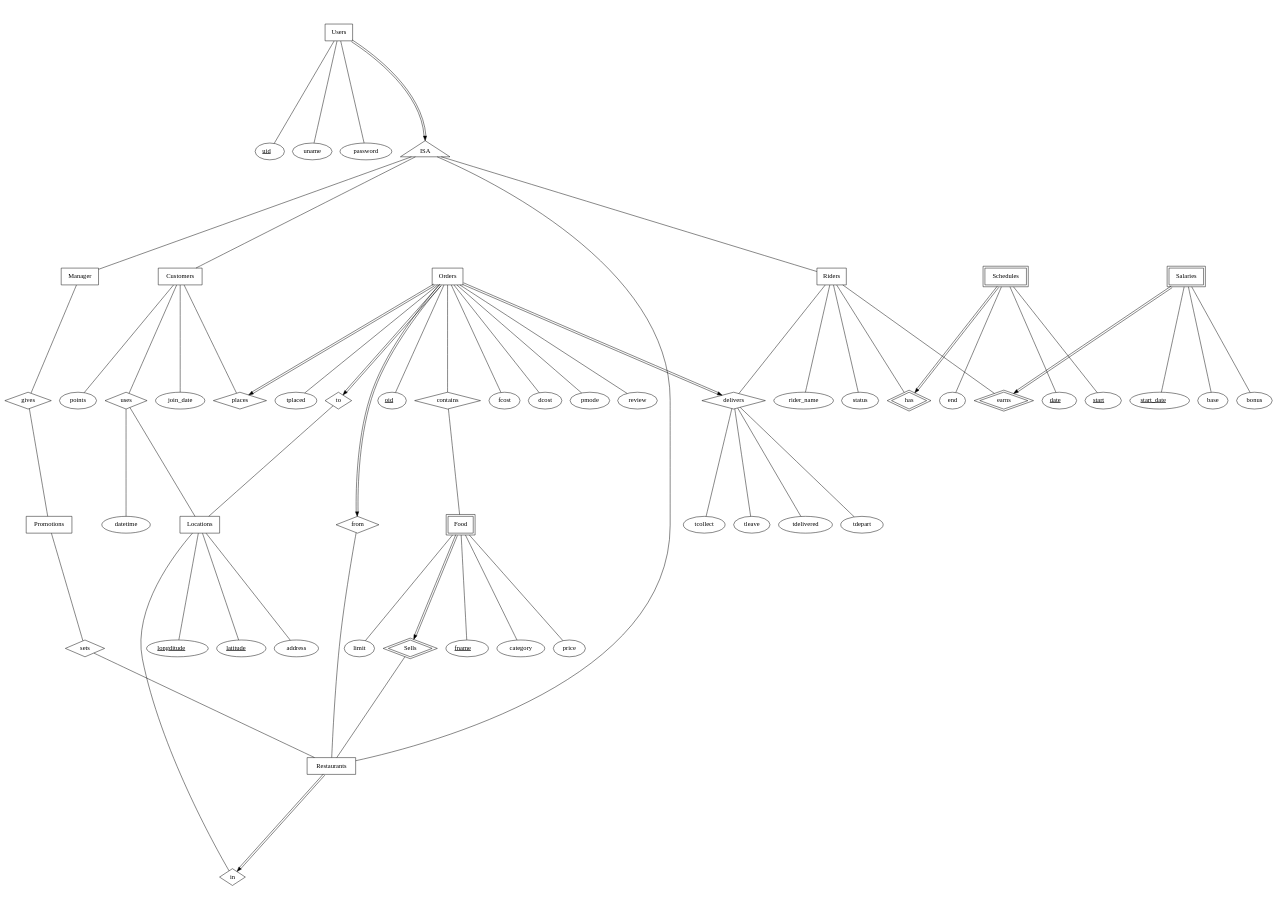
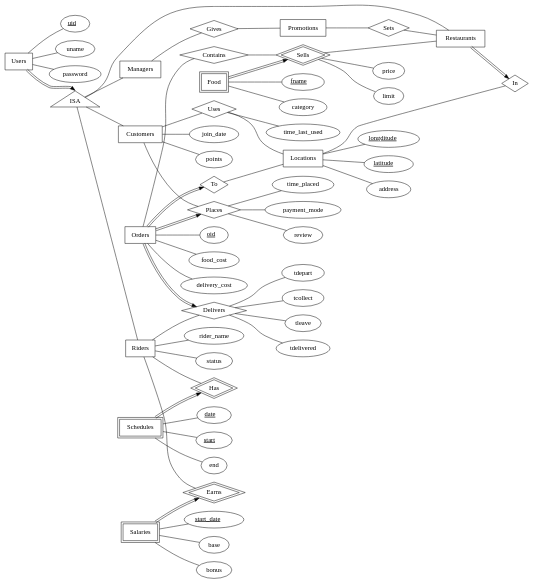
The diagram in ER.dot (AY1920S2-CS2102-Team16/Food-Delivery-Service), drawn with Graphviz before and after one commit. The commit also changed 3 other files, not shown here.

Commit message:
Uodate ER

```diff
--- a/ER.dot
+++ b/ER.dot
@@ -1,117 +1,118 @@
+//Constriants not captured in the ER model:
+//Each order’s food items must be from a single restaurant
+//The FDS operates daily from 10am to 10pm
+//Constraints regarding MWS and WWS
+
 digraph G {
-  ratio = 0.71
+  rankdir = "LR"
 
   Users [shape=box]
     uid [label=<<u> uid </u>>]
     Users -> uid [arrowhead=none]
     Users -> uname [arrowhead=none]
     Users -> password [arrowhead=none]
   
   
   ISA [shape=triangle]
   
-  
-  Manager [shape=box]
-  gives [shape=diamond]
+  Managers [shape=box]
+  Gives [shape=diamond]
   Promotions [shape=box]
-  sets [shape=diamond]
+  Sets [shape=diamond]
   
   
   Restaurants [shape=box]
   Sells [shape=diamond peripheries=2]
+    Sells -> price [arrowhead=none]
+    Sells -> limit [arrowhead=none]
   Food [shape=box peripheries=2]
     fname [label=<<u> fname </u>>]
     Food -> fname [arrowhead=none]
     Food -> category [arrowhead=none]
-    Food -> price [arrowhead=none]
-    Food -> limit [arrowhead=none]
-  in [shape=diamond]
+  In [shape=diamond]
   
   Locations [shape=box]
     lon [label=<<u> longditude </u>>]
     lat [label=<<u> latitude </u>>]
     Locations -> lon [arrowhead=none]
     Locations -> lat [arrowhead=none]
     Locations -> address [arrowhead=none]
   
   Customers [shape=box]
     Customers -> join_date [arrowhead=none]
     Customers -> points [arrowhead=none]
-  uses [shape=diamond]
-    uses -> datetime [arrowhead=none]
-  places [shape=diamond]
+  Uses [shape=diamond]
+    Uses -> time_last_used [arrowhead=none]
+  Places [shape=diamond]
+    Places -> time_placed [arrowhead=none]
+    Places -> payment_mode [arrowhead=none]
+    Places -> review [arrowhead=none]
   Orders [shape=box]
     oid [label=<<u> oid </u>>]
     Orders -> oid [arrowhead=none]
-    Orders -> fcost [arrowhead=none]
-    Orders -> dcost [arrowhead=none]
-    Orders -> pmode [arrowhead=none]
-    Orders -> review [arrowhead=none]
-    Orders -> tplaced [arrowhead=none]
-  from [shape=diamond]
-  to [shape=diamond]
-  contains [shape=diamond]
+    Orders -> food_cost [arrowhead=none]
+    Orders -> delivery_cost [arrowhead=none]
+  To [shape=diamond]
+  Contains [shape=diamond]
     
   Riders [shape=box]
     Riders -> rider_name [arrowhead=none]
     Riders -> status [arrowhead=none]
-  delivers [shape=diamond]
-    delivers -> tdepart [arrowhead=none]
-    delivers -> tcollect [arrowhead=none]
-    delivers -> tleave [arrowhead=none]
-    delivers -> tdelivered [arrowhead=none]
-  has [shape=diamond peripheries=2]
+  Delivers [shape=diamond]
+    Delivers -> tdepart [arrowhead=none]
+    Delivers -> tcollect [arrowhead=none]
+    Delivers -> tleave [arrowhead=none]
+    Delivers -> tdelivered [arrowhead=none]
+  Has [shape=diamond peripheries=2]
   Schedules [shape=box peripheries=2]
     Schdate [label=<<u> date </u>>]
     Schstart [label=<<u> start </u>>]
     Schedules -> Schdate [arrowhead=none]
     Schedules -> Schstart [arrowhead=none]
     Schedules -> end [arrowhead=none]
-  earns [shape=diamond peripheries=2]
+  Earns [shape=diamond peripheries=2]
   Salaries [shape=box peripheries=2]
     start_date [label=<<u> start_date </u>>]
     Salaries -> start_date [arrowhead=none]
     Salaries -> base [arrowhead=none]
     Salaries -> bonus [arrowhead=none]
     
   
   Users -> ISA [color="black:invis:black" headport=n]
   
-  ISA -> Manager[arrowhead=none]
+  ISA -> Managers[arrowhead=none]
   ISA -> Restaurants[arrowhead=none]
   ISA -> Customers[arrowhead=none]
   ISA -> Riders[arrowhead=none]
   
-  Manager -> gives [arrowhead=none]
-  gives -> Promotions [arrowhead=none]
+  Managers -> Gives [arrowhead=none]
+  Gives -> Promotions [arrowhead=none]
   
   
   Food -> Sells [color="black:invis:black"]
   Sells -> Restaurants [arrowhead=none]
   
-  Locations -> in [arrowhead=none]
-  Restaurants -> in [color="black:invis:black"]
-  Promotions -> sets [arrowhead=none]
-  sets -> Restaurants [arrowhead=nonle]
+  Locations -> In [arrowhead=none]
+  Restaurants -> In [color="black:invis:black"]
+  Promotions -> Sets [arrowhead=none]
+  Sets -> Restaurants [arrowhead=none]
   
-  Customers -> places [arrowhead=none]
-  Orders -> places [color="black:invis:black"]
-  Orders -> delivers [color="black:invis:black"]
-  Customers -> uses [arrowhead=none]
-  uses -> Locations [arrowhead=none]
-  Orders -> to [color="black:invis:black"]
-  to -> Locations [arrowhead=none]
-  Orders -> from [color="black:invis:black"]
-  from -> Restaurants [arrowhead=none]
-  Orders -> contains [arrowhead=none]
-  contains -> Food [arrowhead=none]
+  Customers -> Places [arrowhead=none]
+  Orders -> Places [color="black:invis:black"]
+  Orders -> Delivers [color="black:invis:black"]
+  Customers -> Uses [arrowhead=none]
+  Uses -> Locations [arrowhead=none]
+  Orders -> To [color="black:invis:black"]
+  To -> Locations [arrowhead=none]
+  Orders -> Contains [arrowhead=none]
+  Contains -> Sells [arrowhead=none]
   
   
   
-  Riders -> delivers [arrowhead=none]
-  Riders -> has [arrowhead=none]
-  Schedules -> has [color="black:invis:black"]
-  Salaries -> earns [color="black:invis:black"]
-  Riders -> earns [arrowhead=none]
+  Riders -> Delivers [arrowhead=none]
+  Riders -> Has [arrowhead=none]
+  Schedules -> Has [color="black:invis:black"]
+  Salaries -> Earns [color="black:invis:black"]
+  Riders -> Earns [arrowhead=none]
   
 }
```
